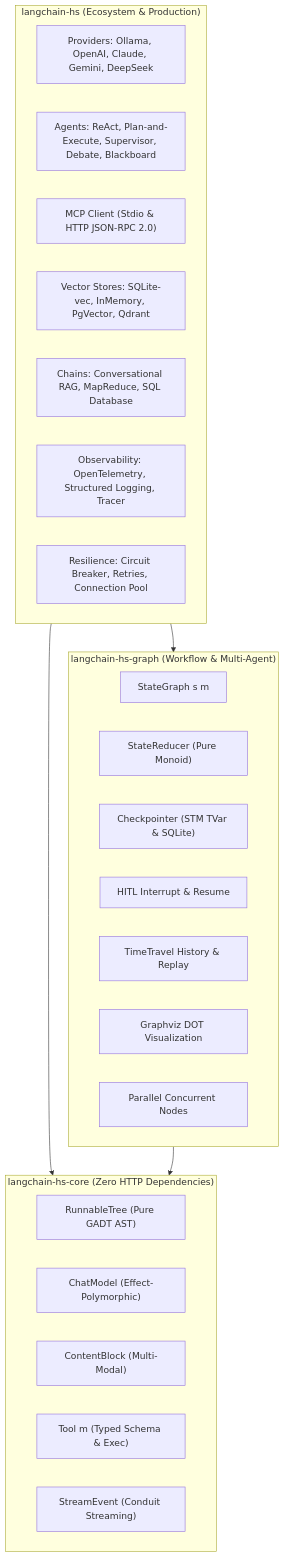
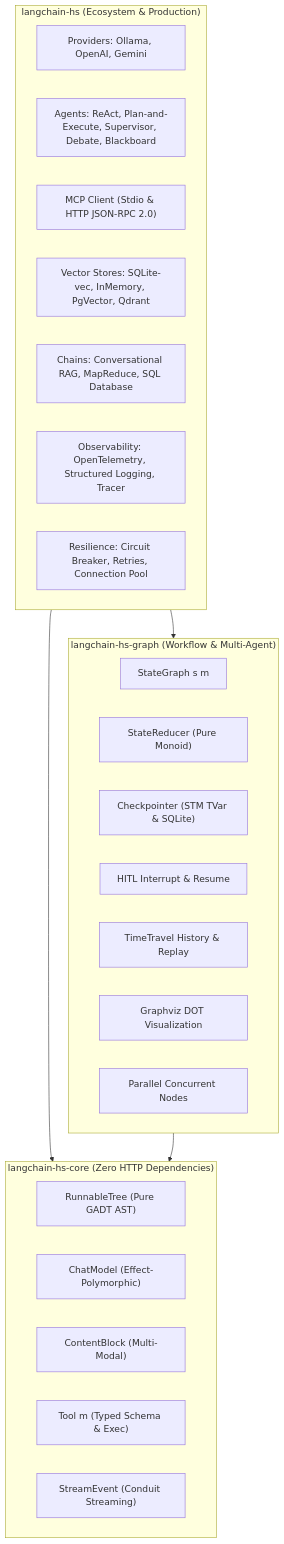
The diagram in README.md (tusharad/langchain-hs), drawn with Mermaid before and after one commit. The commit also changed other lines of this file and 22 other files, not shown here.

````diff
--- a/README.md
+++ b/README.md
@@ -59,34 +59,34 @@
 ```mermaid
 flowchart TB
     subgraph Core ["langchain-hs-core (Zero HTTP Dependencies)"]
         RT["RunnableTree (Pure GADT AST)"]
         CM["ChatModel (Effect-Polymorphic)"]
         CB["ContentBlock (Multi-Modal)"]
         TL["Tool m (Typed Schema & Exec)"]
         SE["StreamEvent (Conduit Streaming)"]
     end
 
     subgraph Graph ["langchain-hs-graph (Workflow & Multi-Agent)"]
         SG["StateGraph s m"]
         SR["StateReducer (Pure Monoid)"]
         CP["Checkpointer (STM TVar & SQLite)"]
         HT["HITL Interrupt & Resume"]
         TT["TimeTravel History & Replay"]
         DOT["Graphviz DOT Visualization"]
         PN["Parallel Concurrent Nodes"]
     end
 
     subgraph HighLevel ["langchain-hs (Ecosystem & Production)"]
-        PR["Providers: Ollama, OpenAI, Claude, Gemini, DeepSeek"]
+        PR["Providers: Ollama, OpenAI, Gemini"]
         AG["Agents: ReAct, Plan-and-Execute, Supervisor, Debate, Blackboard"]
         MCP["MCP Client (Stdio & HTTP JSON-RPC 2.0)"]
         VS["Vector Stores: SQLite-vec, InMemory, PgVector, Qdrant"]
         CH["Chains: Conversational RAG, MapReduce, SQL Database"]
         OB["Observability: OpenTelemetry, Structured Logging, Tracer"]
         RES["Resilience: Circuit Breaker, Retries, Connection Pool"]
     end
 
     HighLevel --> Graph
     HighLevel --> Core
     Graph --> Core
 ```
````
